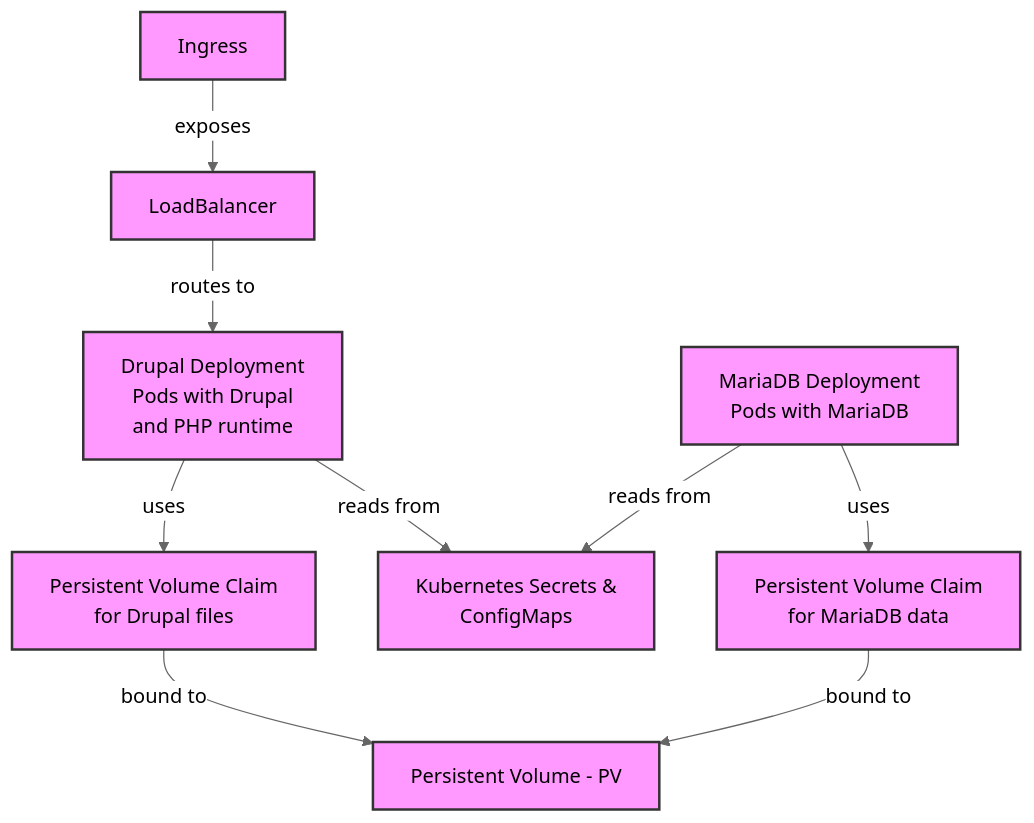
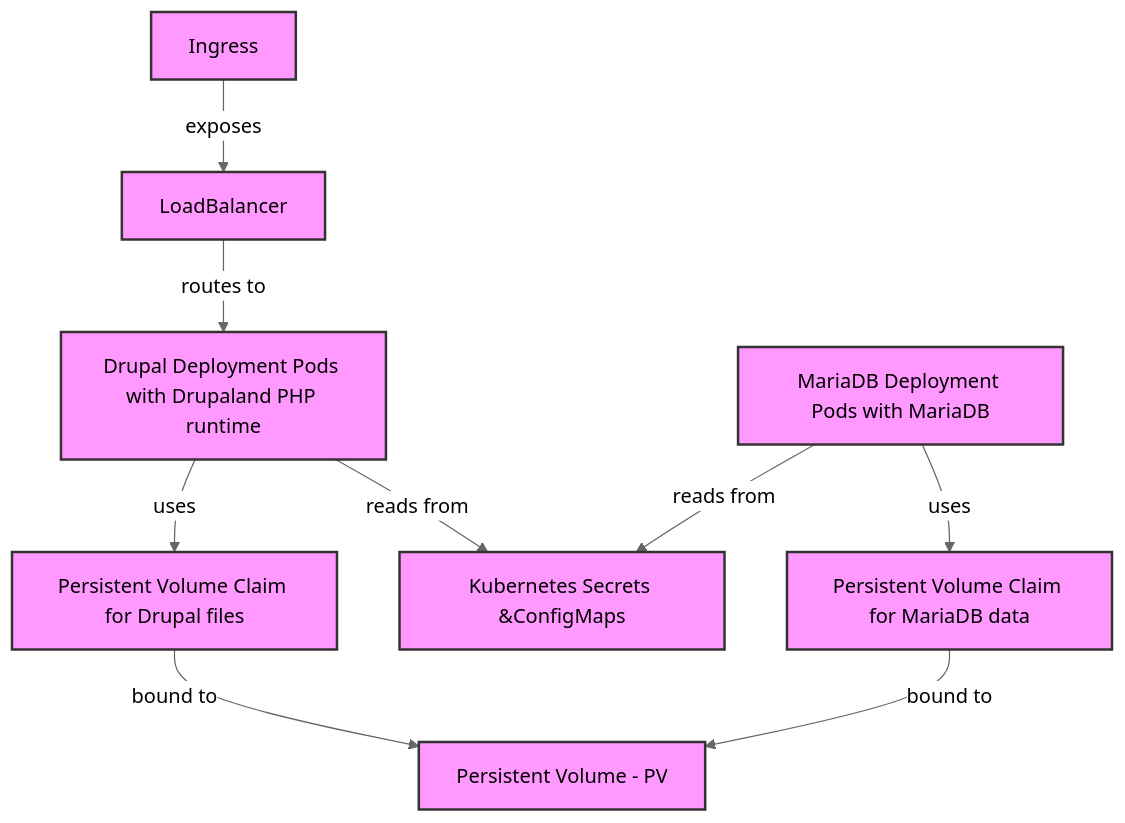
The diagram in DrupalIberia2025/lab1.org (ricardoamaro/labs), drawn with Mermaid (neutral theme) before and after one commit. The commit also changed other lines of this file and 1 other file, not shown here.

```diff
--- a/DrupalIberia2025/lab1.org
+++ b/DrupalIberia2025/lab1.org
@@ -162,15 +148,13 @@
-   #+begin_src mermaid :file diagram_mermaid.png :exports results
-   graph TD
-      Ingress -->|exposes| LoadBalancer
-      LoadBalancer -->|routes to| DrupalDeployment[Drupal Deployment<br> Pods with Drupal<br>and PHP runtime ]
-      DrupalDeployment -->|uses| PVCDrupal[Persistent Volume Claim<br> for Drupal files ]
-      PVCDrupal -->|bound to| PV[Persistent Volume - PV ]
-      DrupalDeployment -->|reads from| SecretsConfigMaps[Kubernetes Secrets &<br>ConfigMaps]
-
-      MariaDBDeployment[MariaDB Deployment<br> Pods with MariaDB] -->|uses| PVCMariaDB[Persistent Volume Claim<br> for MariaDB data ]
-      PVCMariaDB -->|bound to| PV
-      MariaDBDeployment -->|reads from| SecretsConfigMaps
-
-      classDef k8s fill:#f9f,stroke:#333,stroke-width:2px;
-      class Ingress,LoadBalancer,DrupalDeployment,MariaDBDeployment,PVCDrupal,PVCMariaDB,PV,SecretsConfigMaps k8s;
-   #+end_src
+#+begin_src mermaid :file diagram_mermaid.png :exports results
+graph TD
+Ingress -->|exposes| LoadBalancer
+LoadBalancer -->|routes to| DrupalDeployment[Drupal Deployment Pods with Drupaland PHP runtime ]
+DrupalDeployment -->|uses| PVCDrupal[Persistent Volume Claim for Drupal files ]
+PVCDrupal -->|bound to| PV[Persistent Volume - PV ]
+DrupalDeployment -->|reads from| SecretsConfigMaps[Kubernetes Secrets &ConfigMaps]
+MariaDBDeployment[MariaDB Deployment Pods with MariaDB] -->|uses| PVCMariaDB[Persistent Volume Claim for MariaDB data ]
+PVCMariaDB -->|bound to| PV
+MariaDBDeployment -->|reads from| SecretsConfigMaps
+classDef k8s fill:#f9f,stroke:#333,stroke-width:2px;
+class Ingress,LoadBalancer,DrupalDeployment,MariaDBDeployment,PVCDrupal,PVCMariaDB,PV,SecretsConfigMaps k8s;
+#+end_src
```
